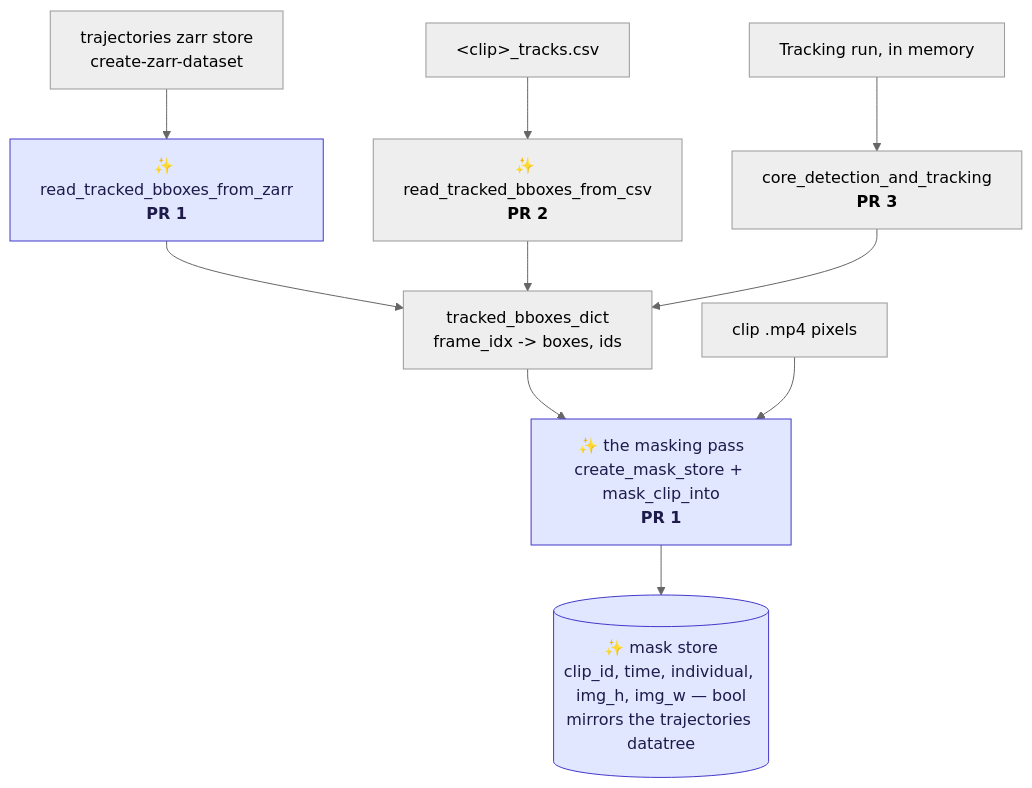
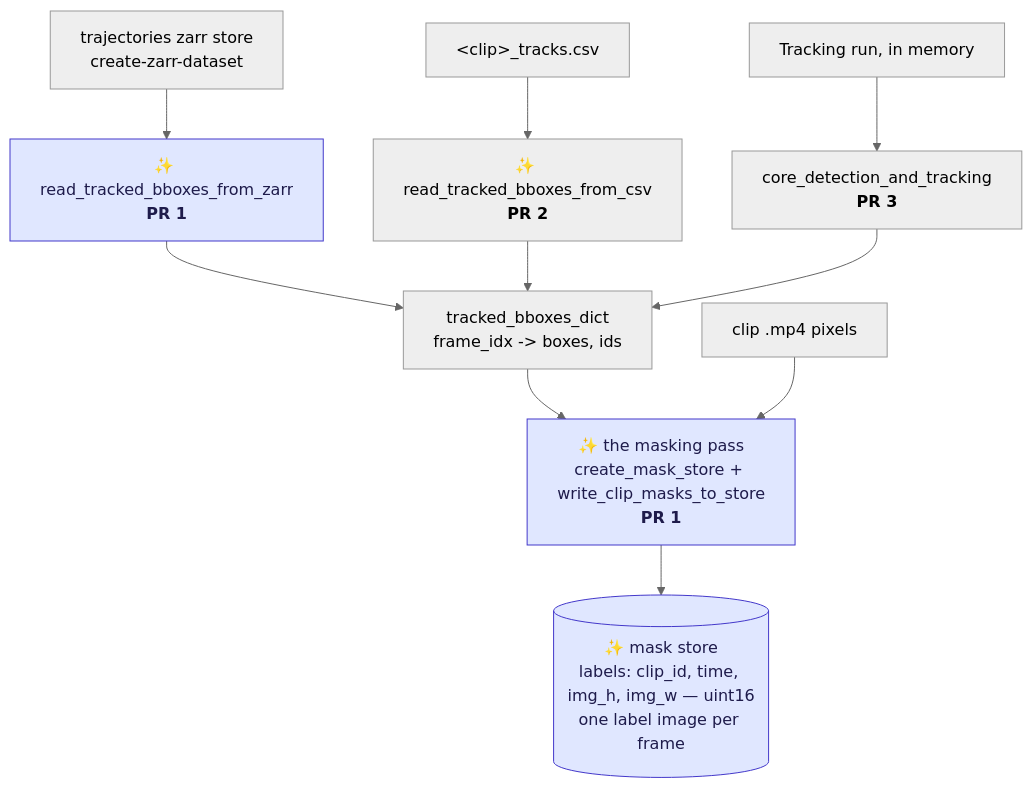
The diagram in claude-plans/plan-masking-crabs.md (SainsburyWellcomeCentre/crabs-exploration), drawn with Mermaid (neutral theme) before and after one commit. The commit also changed other lines of this file and 3 other files, not shown here.

````diff
--- a/claude-plans/plan-masking-crabs.md
+++ b/claude-plans/plan-masking-crabs.md
@@ -30,15 +30,15 @@
 ```mermaid
 flowchart TD
     Z["trajectories zarr store<br/>create-zarr-dataset"] --> RZ["✨ read_tracked_bboxes_from_zarr<br/><b>PR 1</b>"]
     C["&lt;clip&gt;_tracks.csv"] --> RC["✨ read_tracked_bboxes_from_csv<br/><b>PR 2</b>"]
     T["Tracking run, in memory"] --> RT["core_detection_and_tracking<br/><b>PR 3</b>"]
     RZ --> D["tracked_bboxes_dict<br/>frame_idx -> boxes, ids"]
     RC --> D
     RT --> D
-    D --> M["✨ the masking pass<br/>create_mask_store + mask_clip_into<br/><b>PR 1</b>"]
+    D --> M["✨ the masking pass<br/>create_mask_store + write_clip_masks_to_store<br/><b>PR 1</b>"]
     V["clip .mp4 pixels"] --> M
-    M --> S[("✨ mask store<br/>clip_id, time, individual, img_h, img_w — bool<br/>mirrors the trajectories datatree")]
+    M --> S[("✨ mask store<br/>labels: clip_id, time, img_h, img_w — uint16<br/>one label image per frame")]
     style RZ fill:#e0e7ff,stroke:#4338ca,color:#1e1b4b
     style M fill:#e0e7ff,stroke:#4338ca,color:#1e1b4b
     style S fill:#e0e7ff,stroke:#4338ca,color:#1e1b4b
 ```
````
